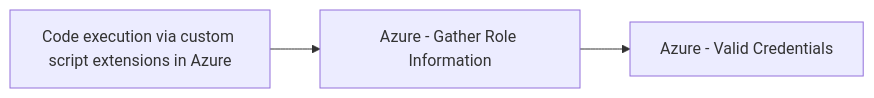
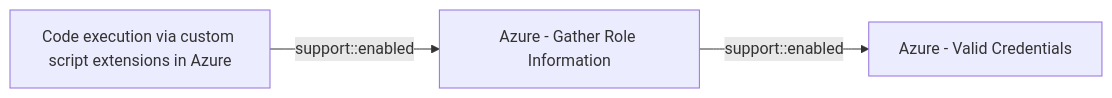
The diagram in docs/threats/code-execution-via-custom-script-extensions-in-azure.md (opentidehq/library), drawn with Mermaid before and after one commit. The commit also changed other lines of this file and 277 other files, not shown here.

````diff
--- a/docs/threats/code-execution-via-custom-script-extensions-in-azure.md
+++ b/docs/threats/code-execution-via-custom-script-extensions-in-azure.md
@@ -56,8 +88,8 @@
 ```mermaid
 flowchart LR
 61ddc240_e5a6_4ca8_ae77_6b471b498913["Code execution via custom script extensions in Azure"]
 140907eb_c9fb_4330_9d71_656422388b2b["Azure - Gather Role Information"]
 2743bf18_3b86_4721_bf3e_153dcda0b149["Azure - Valid Credentials"]
-61ddc240_e5a6_4ca8_ae77_6b471b498913 --> 140907eb_c9fb_4330_9d71_656422388b2b
-140907eb_c9fb_4330_9d71_656422388b2b --> 2743bf18_3b86_4721_bf3e_153dcda0b149
+61ddc240_e5a6_4ca8_ae77_6b471b498913 -->|support::enabled| 140907eb_c9fb_4330_9d71_656422388b2b
+140907eb_c9fb_4330_9d71_656422388b2b -->|support::enabled| 2743bf18_3b86_4721_bf3e_153dcda0b149
 ```
````
